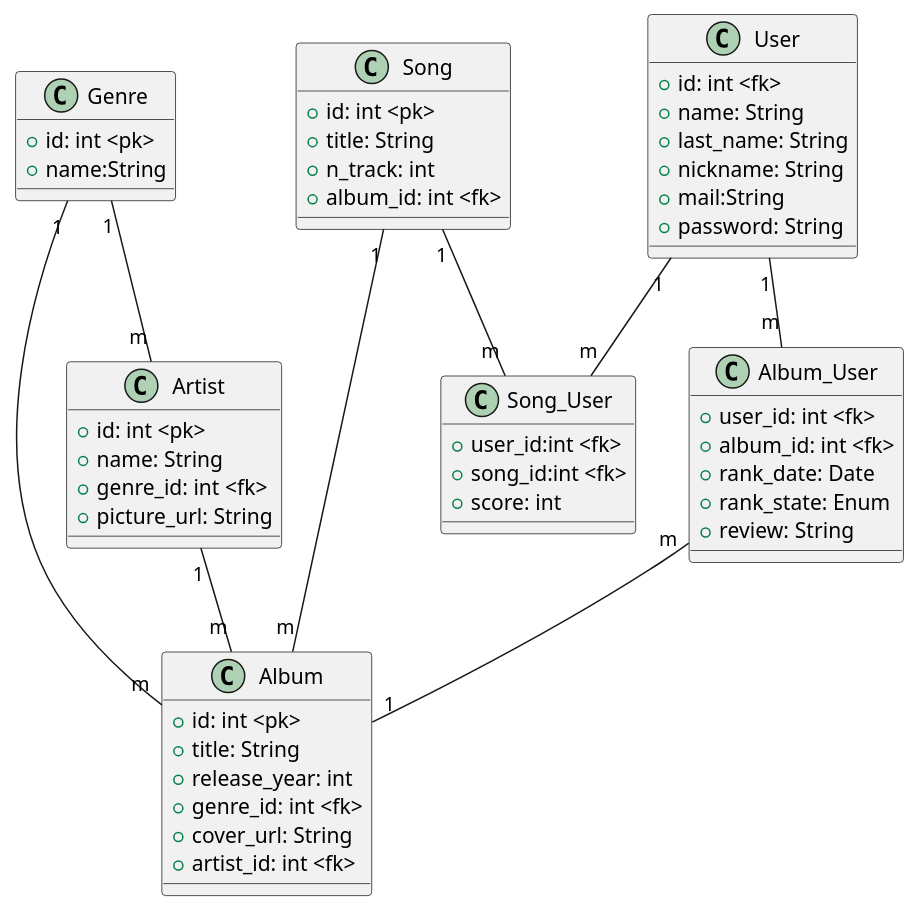
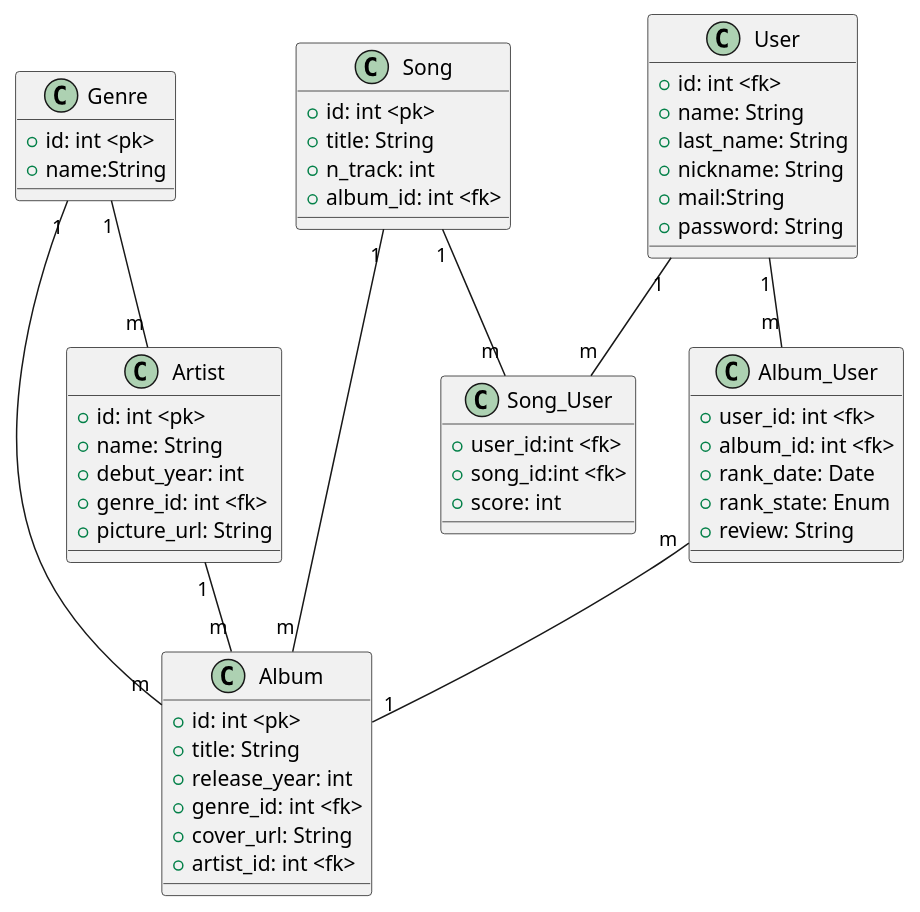
The diagram in recursos_adicionales/diagrama_de_clases.puml (RoudiOlding/oneScore_grupo_01), drawn with PlantUML before and after one commit. The commit also changed 1 other file, not shown here.

Commit message:
modificaciones en modelos y archivo puml de diagrama de clases

```diff
--- a/recursos_adicionales/diagrama_de_clases.puml
+++ b/recursos_adicionales/diagrama_de_clases.puml
@@ -1,64 +1,65 @@
 @startuml
 
 class Genre {
     +id: int <pk>
     +name:String
 }
 
 class Album {
     +id: int <pk>
     +title: String
     +release_year: int
     +genre_id: int <fk>
     +cover_url: String
     +artist_id: int <fk>
 }
 
 class Artist {
     +id: int <pk>
     +name: String
+    +debut_year: int 
     +genre_id: int <fk>
     +picture_url: String
 }
 
 class Song {
     +id: int <pk>
     +title: String
     +n_track: int
     +album_id: int <fk>
 }
 
 class User{
     +id: int <fk>
     +name: String
     +last_name: String
     +nickname: String
     +mail:String
     +password: String
 }
 
 class Album_User{
     +user_id: int <fk>
     +album_id: int <fk>
     +rank_date: Date
     +rank_state: Enum
     +review: String
 }
 
 class Song_User{
     +user_id:int <fk>
     +song_id:int <fk>
     +score: int
 }
 
 
 Genre "1"--"m" Artist
 Artist "1"--"m" Album
 Genre "1"--"m" Album
 Album_User "m"--"1" Album
 User "1"--"m" Album_User
 Song "1"--"m" Album
 Song "1"--"m" Song_User
 User "1"--"m" Song_User
 
 @enduml
```
